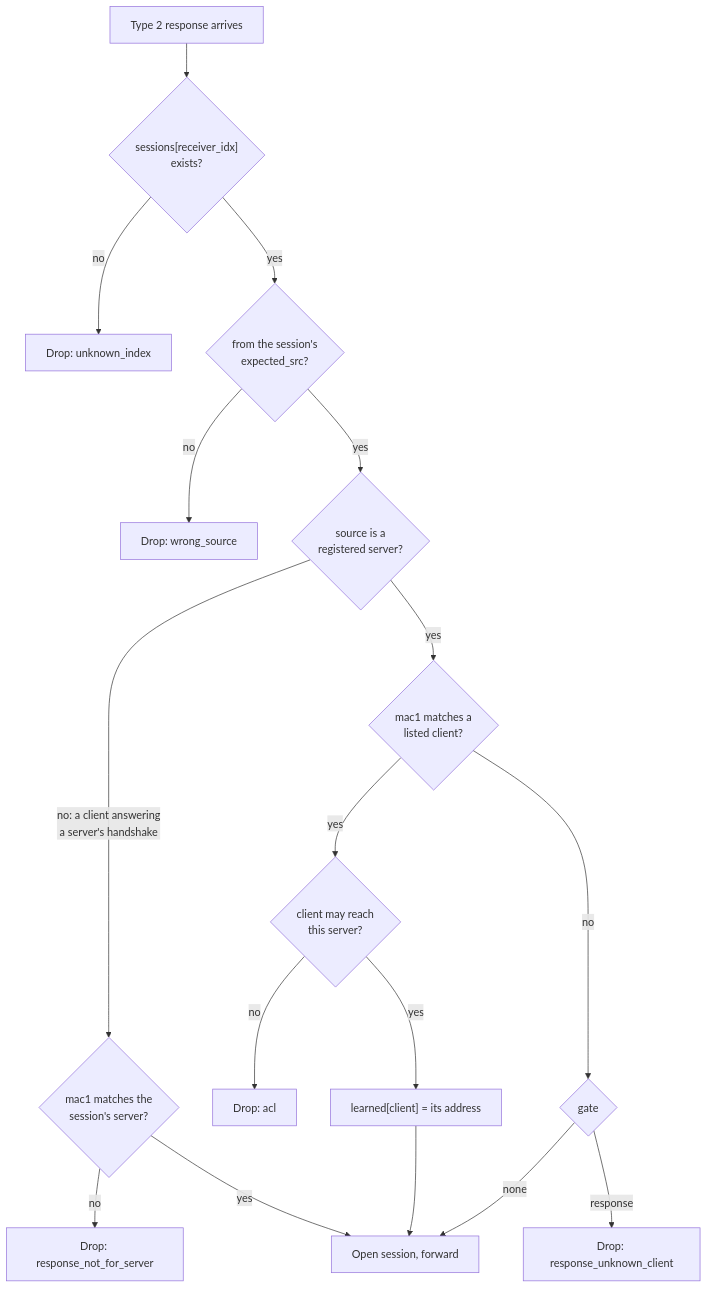
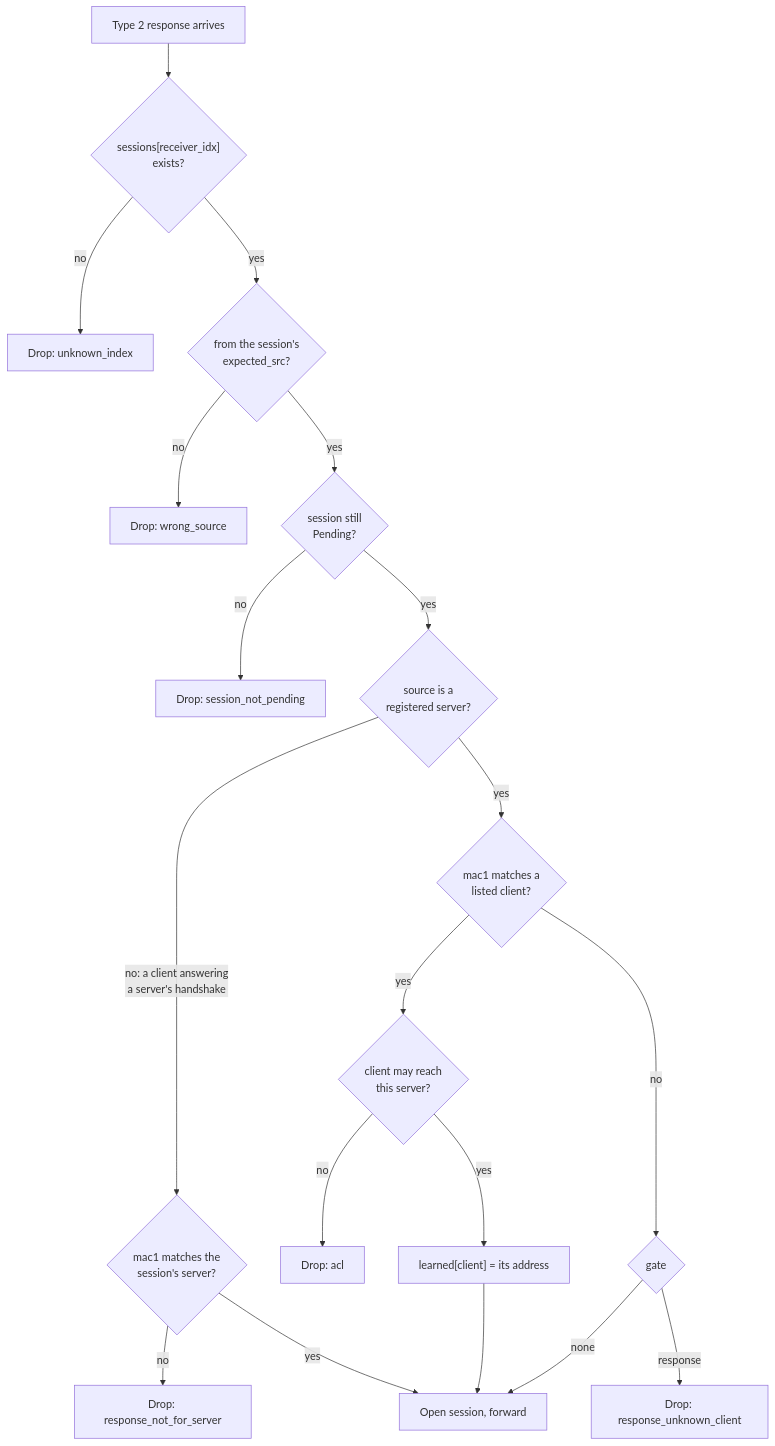
One commit to 3alpha/wg-relay changed diagram 13 of 22 in docs/how-it-works.md. Above: the diagram before and after it, drawn with Mermaid. The commit also changed other lines of this file, not shown here.

````diff
--- a/docs/how-it-works.md
+++ b/docs/how-it-works.md
@@ -300,18 +541,20 @@
 ```mermaid
 flowchart TD
     A["Type 2 response arrives"] --> B{"sessions[receiver_idx]<br/>exists?"}
     B -- no --> X1["Drop: unknown_index"]
     B -- yes --> C{"from the session's<br/>expected_src?"}
     C -- no --> X2["Drop: wrong_source"]
-    C -- yes --> D{"source is a<br/>registered server?"}
+    C -- yes --> P{"session still<br/>Pending?"}
+    P -- no --> X6["Drop: session_not_pending"]
+    P -- yes --> D{"source is a<br/>registered server?"}
     D -- "no: a client answering<br/>a server's handshake" --> E{"mac1 matches the<br/>session's server?"}
     E -- no --> X3["Drop: response_not_for_server"]
     E -- yes --> OK["Open session, forward"]
     D -- yes --> F{"mac1 matches a<br/>listed client?"}
     F -- "yes" --> G{"client may reach<br/>this server?"}
     G -- no --> X4["Drop: acl"]
     G -- yes --> H["learned[client] = its address"] --> OK
     F -- "no" --> I{"gate"}
     I -- none --> OK
     I -- response --> X5["Drop: response_unknown_client"]
 ```
````
